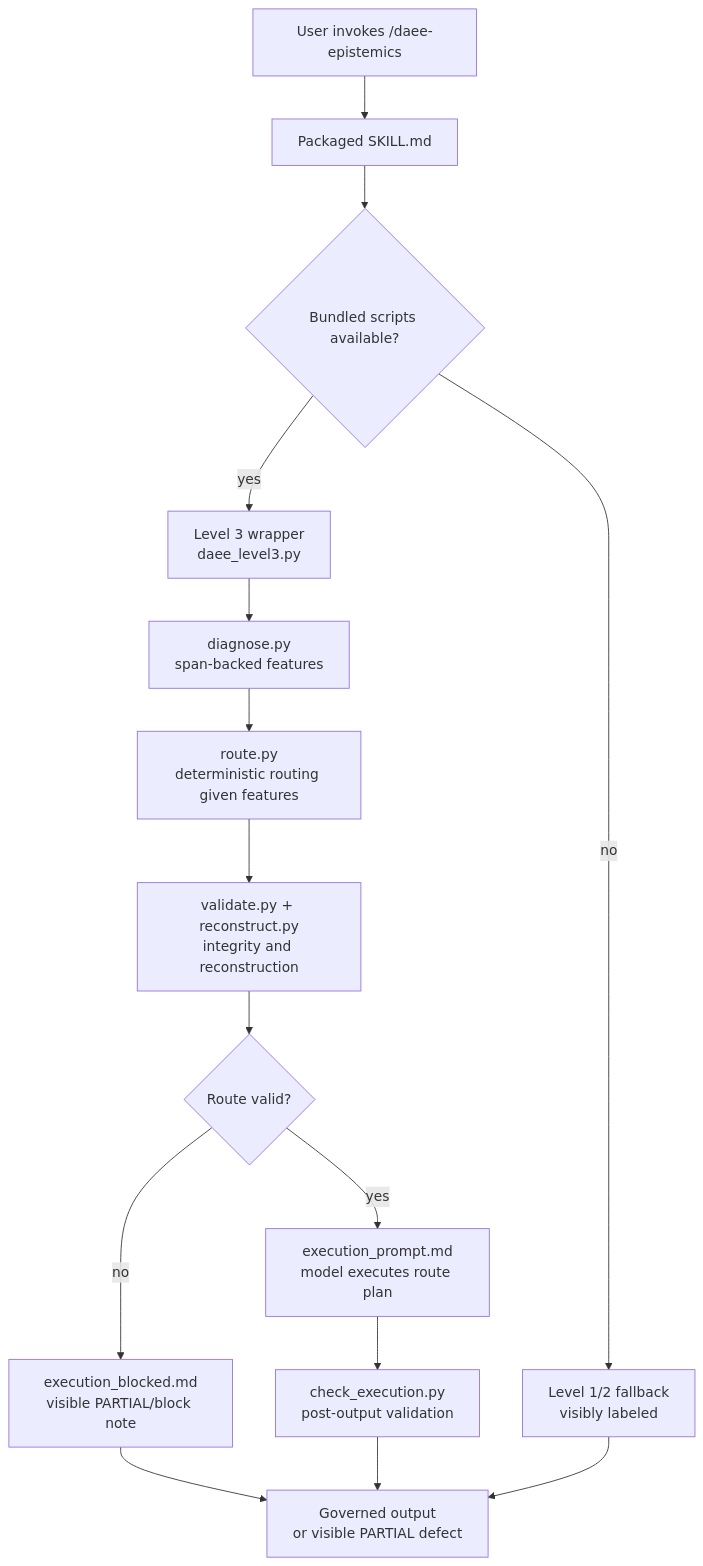
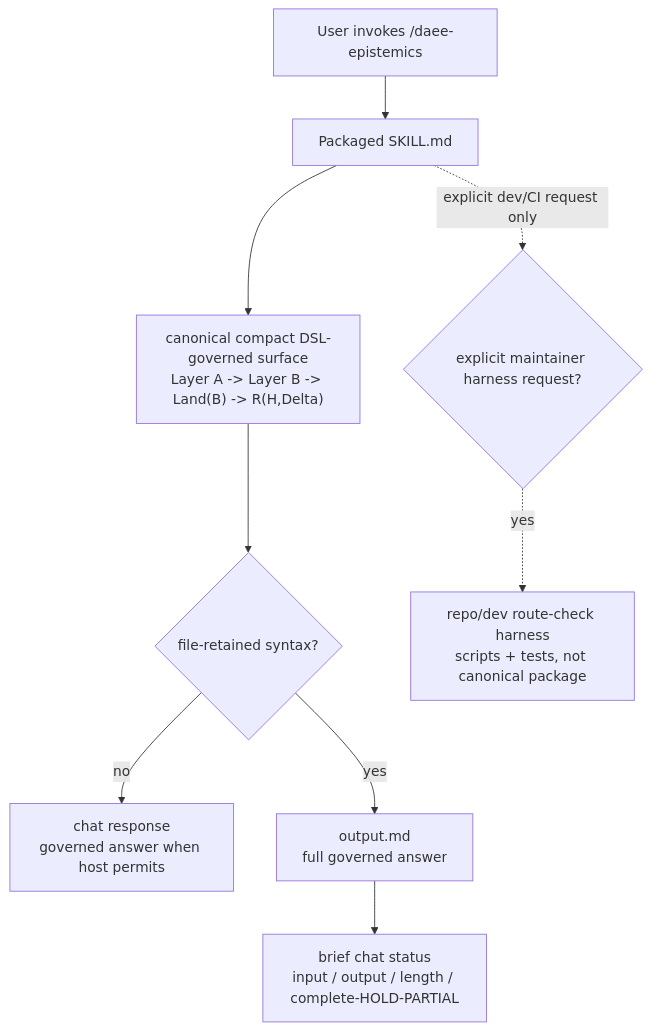
The second of 3 diagrams in README.md (theislampill/daee-epistemics), drawn with Mermaid before and after one commit. The commit also changed other lines of this file and 60 other files, not shown here.

Commit message:
fix: recover canonical compact DSL runtime depth

````diff
--- a/README.md
+++ b/README.md
@@ -377,26 +418,20 @@
 ```mermaid
 flowchart TB
 
 USER["User invokes /daee-epistemics"]
 SKILL["Packaged SKILL.md"]
-SCRIPTQ{"Bundled scripts available?"}
-L3["Level 3 wrapper<br/>daee_level3.py"]
-DIAG["diagnose.py<br/>span-backed features"]
-ROUTE["route.py<br/>deterministic routing given features"]
-VALIDATE["validate.py + reconstruct.py<br/>integrity and reconstruction"]
-PROMPTQ{"Route valid?"}
-BLOCK["execution_blocked.md<br/>visible PARTIAL/block note"]
-EXEC["execution_prompt.md<br/>model executes route plan"]
-CHECK["check_execution.py<br/>post-output validation"]
-OUTPUT["Governed output<br/>or visible PARTIAL defect"]
-FALLBACK["Level 1/2 fallback<br/>visibly labeled"]
+CANONICAL["canonical compact DSL-governed surface<br/>Layer A -> Layer B -> Land(B) -> R(H,Delta)"]
+FILEQ{"file-retained syntax?"}
+CHAT["chat response<br/>governed answer when host permits"]
+FILEOUT["output.md<br/>full governed answer"]
+STATUS["brief chat status<br/>input / output / length / complete-HOLD-PARTIAL"]
+DEVREQ{"explicit maintainer harness request?"}
+HARNESS["repo/dev route-check harness<br/>scripts + tests, not canonical package"]
 
 USER --> SKILL
-SKILL --> SCRIPTQ
-SCRIPTQ -->|yes| L3
-SCRIPTQ -->|no| FALLBACK
-L3 --> DIAG --> ROUTE --> VALIDATE --> PROMPTQ
-PROMPTQ -->|no| BLOCK --> OUTPUT
-PROMPTQ -->|yes| EXEC --> CHECK --> OUTPUT
-FALLBACK --> OUTPUT
+SKILL --> CANONICAL --> FILEQ
+FILEQ -->|no| CHAT
+FILEQ -->|yes| FILEOUT --> STATUS
+SKILL -. explicit dev/CI request only .-> DEVREQ
+DEVREQ -. yes .-> HARNESS
 ```
````
